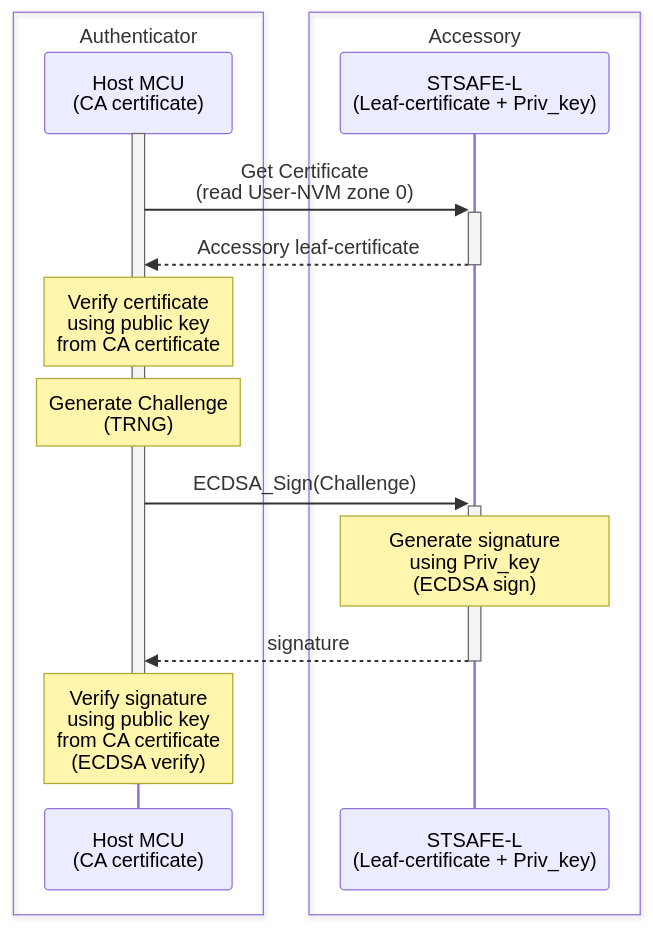
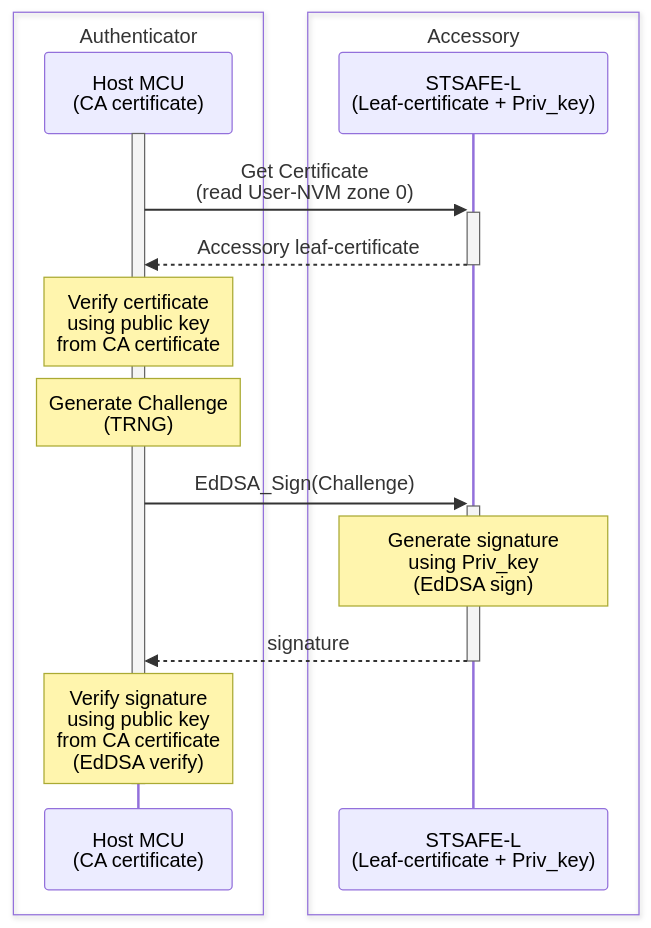
One commit to STMicroelectronics/STSAFE-L_device_authentication changed the first of 2 diagrams in README.md. Above: the diagram before and after it, drawn with Mermaid. The commit also changed other lines of this file and 1 other file, not shown here.

Commit message:
[doc] Update ReadMe with EdDSA and remove STSAFE-A config reference ; fix STM32 ReadMe.md

````diff
--- a/README.md
+++ b/README.md
@@ -6,19 +6,19 @@
 ```mermaid
 sequenceDiagram
     box Authenticator
     participant AUTH as Host MCU <br> (CA certificate)
     end
     box Accessory
     participant STSE as STSAFE-L <br> (Leaf-certificate + Priv_key)
     end
     activate AUTH
     AUTH ->>+ STSE : Get Certificate <br>(read User-NVM zone 0)
     STSE -->>- AUTH : Accessory leaf-certificate
     note over AUTH : Verify certificate <br> using public key <br>from CA certificate
     note over AUTH : Generate Challenge <br> (TRNG)
-    AUTH ->>+ STSE : ECDSA_Sign(Challenge)
-    note over STSE : Generate signature <br> using Priv_key <br> (ECDSA sign)
+    AUTH ->>+ STSE : EdDSA_Sign(Challenge)
+    note over STSE : Generate signature <br> using Priv_key <br> (EdDSA sign)
     STSE -->>- AUTH : signature
-    Note over AUTH : Verify signature <br> using public key <br>from CA certificate <br> (ECDSA verify)
+    Note over AUTH : Verify signature <br> using public key <br>from CA certificate <br> (EdDSA verify)
     deactivate AUTH
 ```
````
